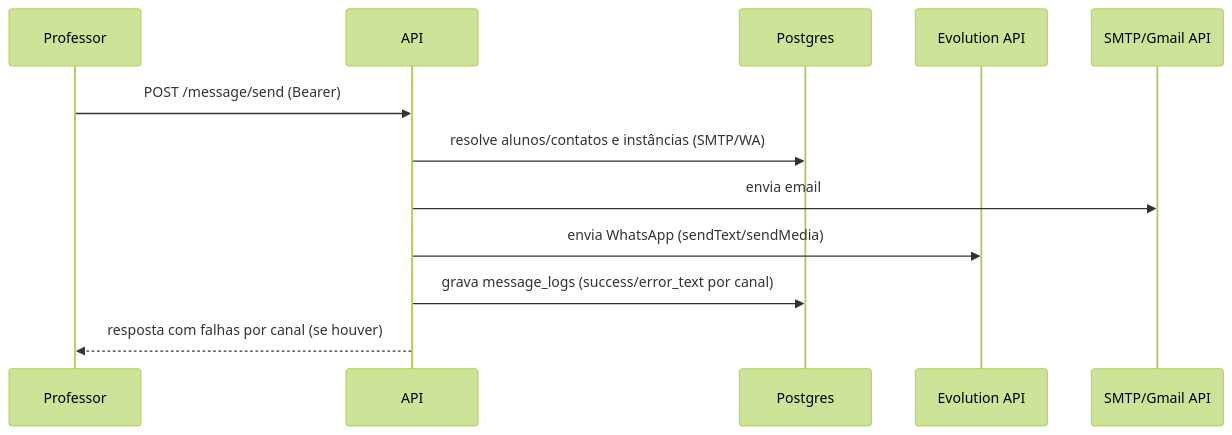
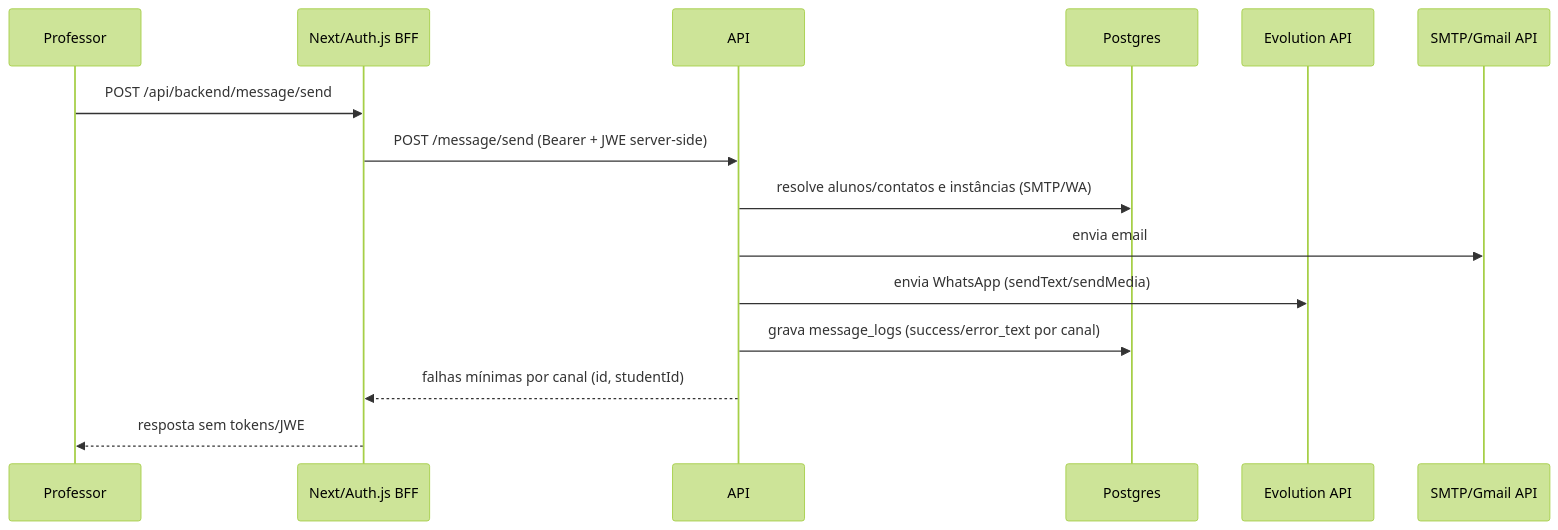
One commit to ThalysSilva/unicast-backend changed the third of 8 diagrams in README.md. Above: the diagram before and after it, drawn with Mermaid (forest theme). The commit also changed other lines of this file, not shown here.

````diff
--- a/README.md
+++ b/README.md
@@ -209,15 +244,18 @@
 ```mermaid
 sequenceDiagram
     participant Professor
+    participant BFF as Next/Auth.js BFF
     participant API
     participant DB as Postgres
     participant Evo as Evolution API
     participant Mail as SMTP/Gmail API
 
-    Professor->>API: POST /message/send (Bearer)
+    Professor->>BFF: POST /api/backend/message/send
+    BFF->>API: POST /message/send (Bearer + JWE server-side)
     API->>DB: resolve alunos/contatos e instâncias (SMTP/WA)
     API->>Mail: envia email
     API->>Evo: envia WhatsApp (sendText/sendMedia)
     API->>DB: grava message_logs (success/error_text por canal)
-    API-->>Professor: resposta com falhas por canal (se houver)
+    API-->>BFF: falhas mínimas por canal (id, studentId)
+    BFF-->>Professor: resposta sem tokens/JWE
 ```
````
